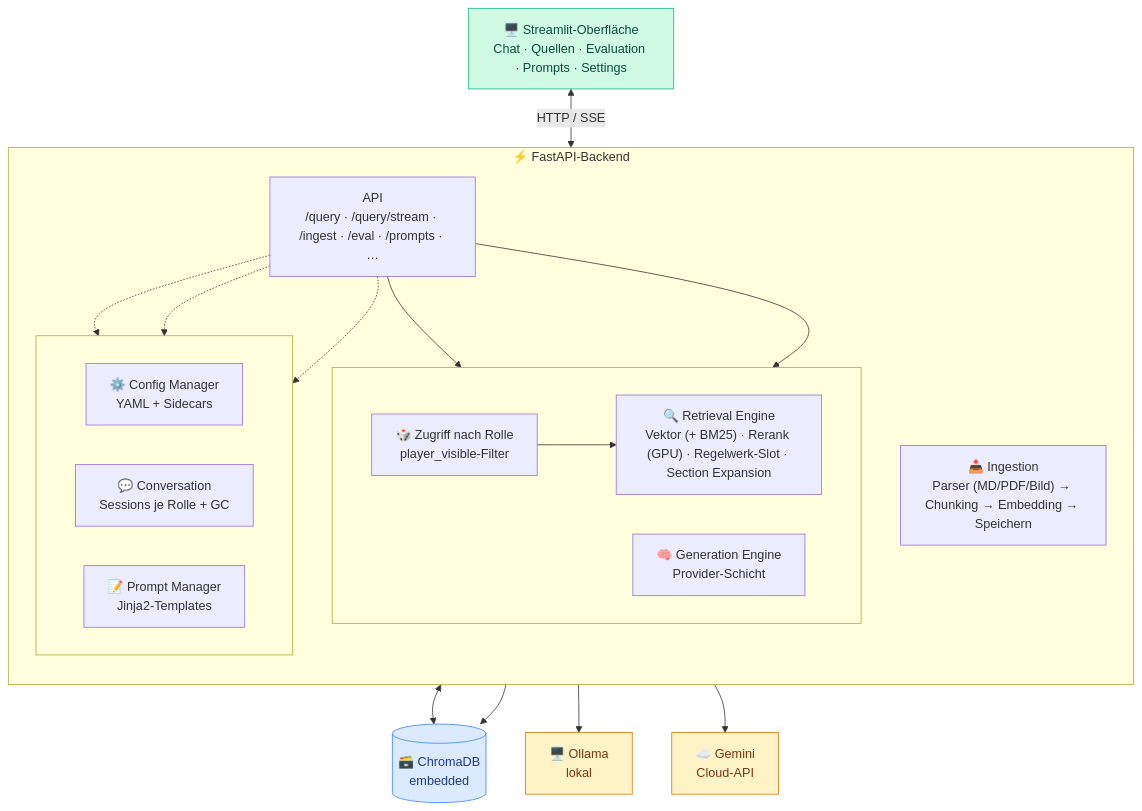
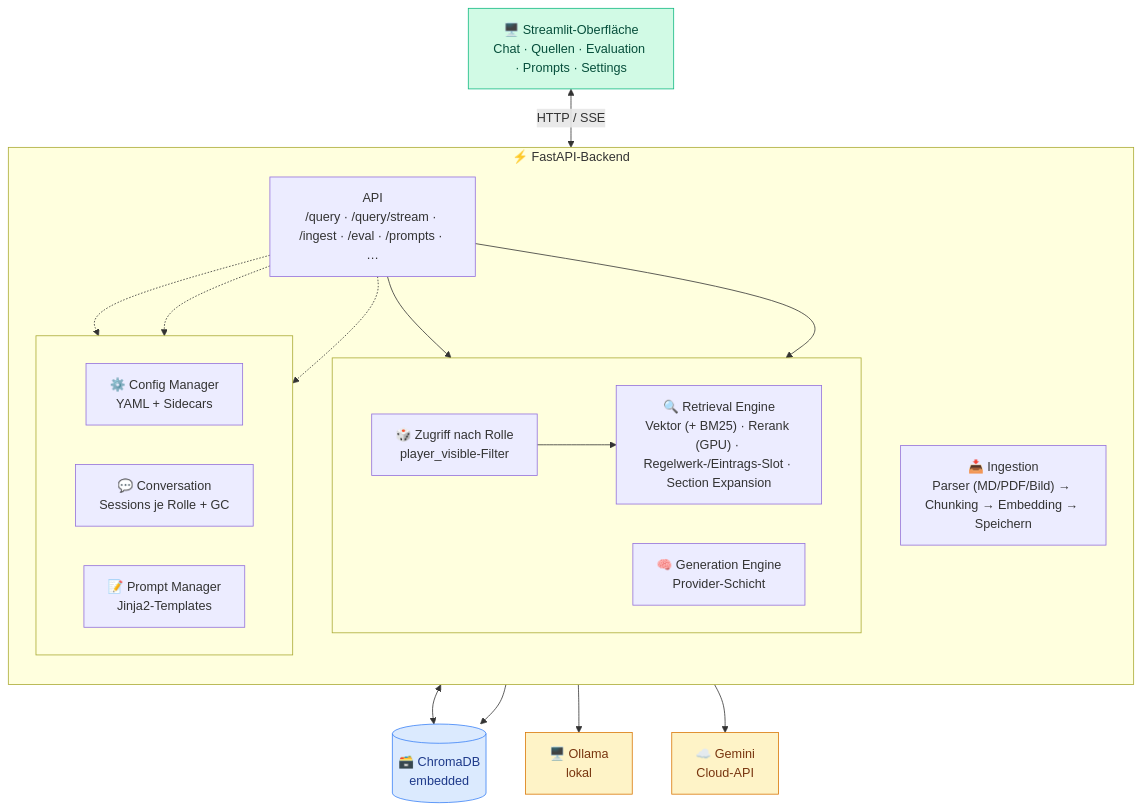
The first of 2 diagrams in ARCHITECTURE.md (FabianHentrich/lorekeeper), drawn with Mermaid before and after one commit. The commit also changed other lines of this file and 12 other files, not shown here.

First line of the commit message:
Entry slot: a table row named in the question joins the rerank pool (3.10)

````diff
--- a/ARCHITECTURE.md
+++ b/ARCHITECTURE.md
@@ -77,48 +77,48 @@
 ```mermaid
 flowchart TB
     UI["🖥️ Streamlit-Oberfläche<br/>Chat · Quellen · Evaluation · Prompts · Settings"]
 
     subgraph BACKEND["⚡ FastAPI-Backend"]
         direction TB
         ROUTER["API<br/>/query · /query/stream · /ingest · /eval · /prompts · …"]
 
         subgraph CORE[" "]
             direction LR
             ACCESS["🎲 Zugriff nach Rolle<br/>player_visible-Filter"]
-            RETRIEVE["🔍 Retrieval Engine<br/>Vektor (+ BM25) · Rerank (GPU) · Regelwerk-Slot · Section Expansion"]
+            RETRIEVE["🔍 Retrieval Engine<br/>Vektor (+ BM25) · Rerank (GPU) · Regelwerk-/Eintrags-Slot · Section Expansion"]
             GEN["🧠 Generation Engine<br/>Provider-Schicht"]
         end
 
         subgraph SUPPORT[" "]
             direction LR
             CFG["⚙️ Config Manager<br/>YAML + Sidecars"]
             CONV["💬 Conversation<br/>Sessions je Rolle + GC"]
             PROMPT["📝 Prompt Manager<br/>Jinja2-Templates"]
         end
 
         INGEST["📥 Ingestion<br/>Parser (MD/PDF/Bild) → Chunking → Embedding → Speichern"]
 
         ROUTER --> ACCESS --> RETRIEVE
         ROUTER --> GEN
         ROUTER -.-> CFG
         ROUTER -.-> CONV
         ROUTER -.-> PROMPT
     end
 
     CHROMA[("🗃️ ChromaDB<br/>embedded")]
     OLLAMA["🖥️ Ollama<br/>lokal"]
     GEMINI["☁️ Gemini<br/>Cloud-API"]
 
     UI <-->|HTTP / SSE| ROUTER
     RETRIEVE <--> CHROMA
     INGEST --> CHROMA
     GEN --> OLLAMA
     GEN --> GEMINI
 
     classDef store fill:#dbeafe,stroke:#3b82f6,color:#1e3a8a
     classDef llm fill:#fef3c7,stroke:#d97706,color:#78350f
     classDef ui fill:#d1fae5,stroke:#10b981,color:#064e3b
     class CHROMA store
     class OLLAMA,GEMINI llm
     class UI ui
 ```
````
